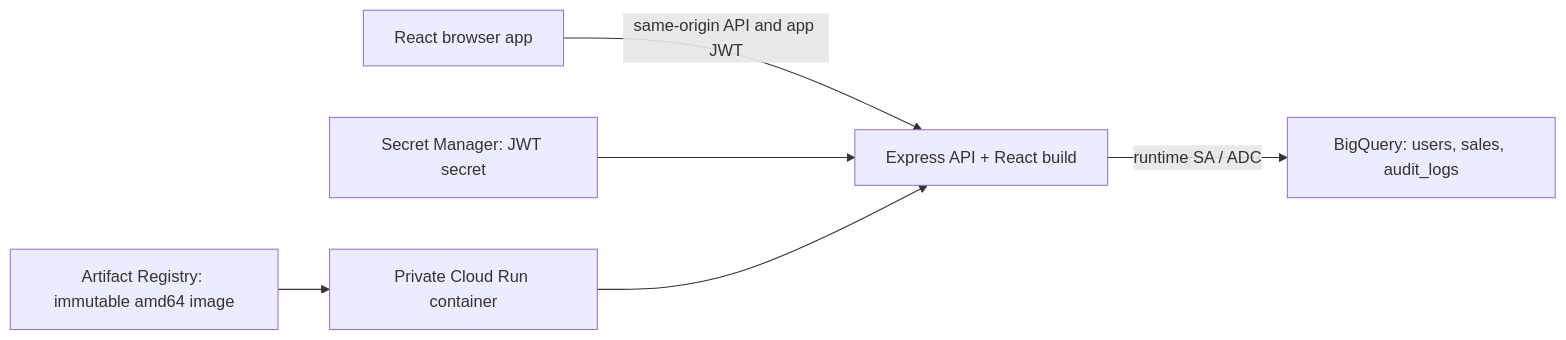
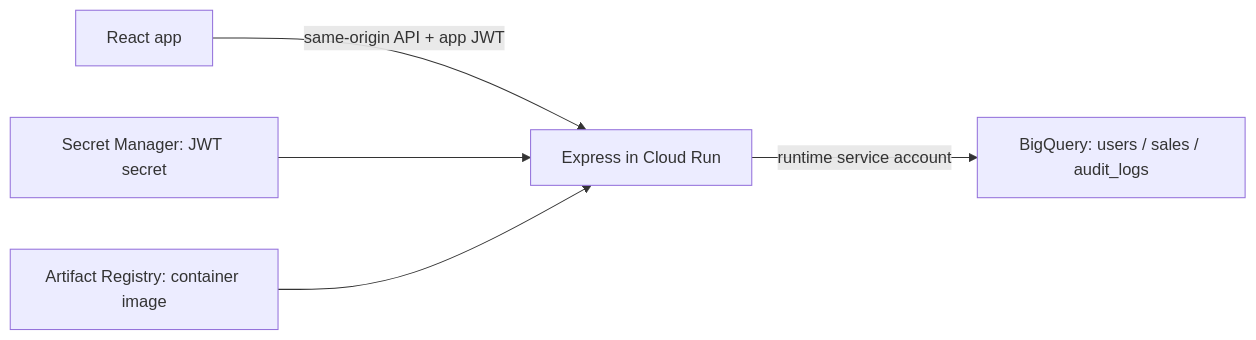
Before and after one commit to Hansennn001/GCP: the diagram in README.md, drawn with Mermaid. The commit also changed other lines of this file and 12 other files, not shown here.

````diff
--- a/README.md
+++ b/README.md
@@ -26,8 +22,7 @@
 ```mermaid
 flowchart LR
-  Browser[React browser app] -->|same-origin API and app JWT| Express[Express API + React build]
-  Express -->|runtime SA / ADC| BQ[BigQuery: users, sales, audit_logs]
-  Secret[Secret Manager: JWT secret] --> Express
-  Registry[Artifact Registry: immutable amd64 image] --> Run[Private Cloud Run container]
-  Run --> Express
+  Browser[React app] -->|same-origin API + app JWT| Server[Express in Cloud Run]
+  Server -->|runtime service account| BigQuery[BigQuery: users / sales / audit_logs]
+  Secret[Secret Manager: JWT secret] --> Server
+  Registry[Artifact Registry: container image] --> Server
 ```
````
